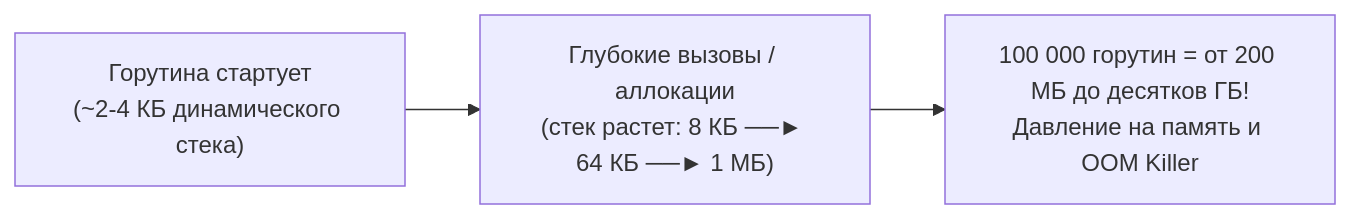
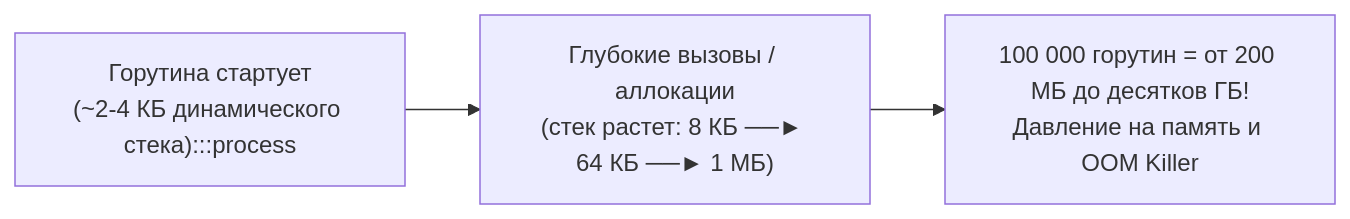
The second of 2 diagrams in sources/16. Профилирование, отладка и производительность/08. Runtime и инструменты/4. goroutine dump.md (UnrealTemplier/go-textbook), drawn with Mermaid before and after one commit. The commit also changed other lines of this file and 1666 other files, not shown here.

First line of the commit message:
feat(mermaid): add semantic color classDef to 1369 colorless flowchart/graph diagrams

````diff
--- a/sources/16. Профилирование, отладка и производительность/08. Runtime и инструменты/4. goroutine dump.md
+++ b/sources/16. Профилирование, отладка и производительность/08. Runtime и инструменты/4. goroutine dump.md
@@ -223,5 +233,15 @@
 ```mermaid
 flowchart LR
-    GInit["Горутина стартует<br/>(~2-4 КБ динамического стека)"] --> GDeep["Глубокие вызовы / аллокации<br/>(стек растет: 8 КБ ──► 64 КБ ──► 1 МБ)"]
+    classDef process  fill:#1e293b,stroke:#38bdf8,stroke-width:1px,color:#f8fafc
+    classDef success  fill:#064e3b,stroke:#34d399,stroke-width:1px,color:#f8fafc
+    classDef error    fill:#7f1d1d,stroke:#f87171,stroke-width:1px,color:#f8fafc
+    classDef warning  fill:#78350f,stroke:#fbbf24,stroke-width:1px,color:#f8fafc
+    classDef entry    fill:#1e3a5f,stroke:#38bdf8,stroke-width:2px,color:#f8fafc
+    classDef aux      fill:#334155,stroke:#64748b,stroke-width:1px,color:#f8fafc
+    classDef system   fill:#312e81,stroke:#a78bfa,stroke-width:1px,color:#f8fafc
+    classDef data     fill:#132d29,stroke:#2dd4bf,stroke-width:1px,color:#f8fafc
+    classDef network  fill:#881337,stroke:#fb7185,stroke-width:1px,color:#f8fafc
+    classDef accent   fill:#1e1b4b,stroke:#818cf8,stroke-width:1px,color:#f8fafc
+    GInit["Горутина стартует<br/>(~2-4 КБ динамического стека):::process"] --> GDeep["Глубокие вызовы / аллокации<br/>(стек растет: 8 КБ ──► 64 КБ ──► 1 МБ)"]
     GDeep --> MemPressure["100 000 горутин = от 200 МБ до десятков ГБ!<br/>Давление на память и OOM Killer"]
 ```
````
